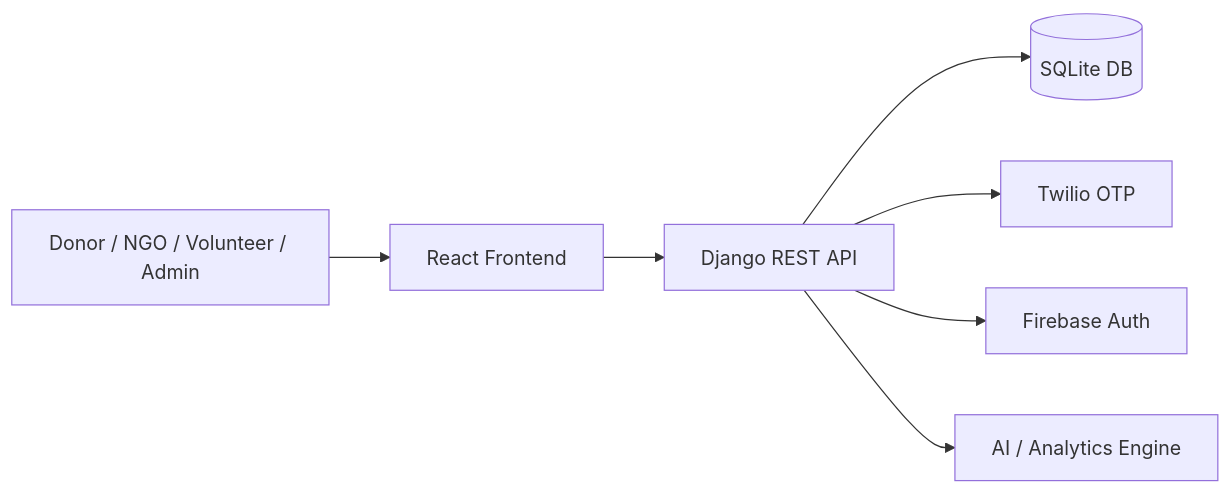
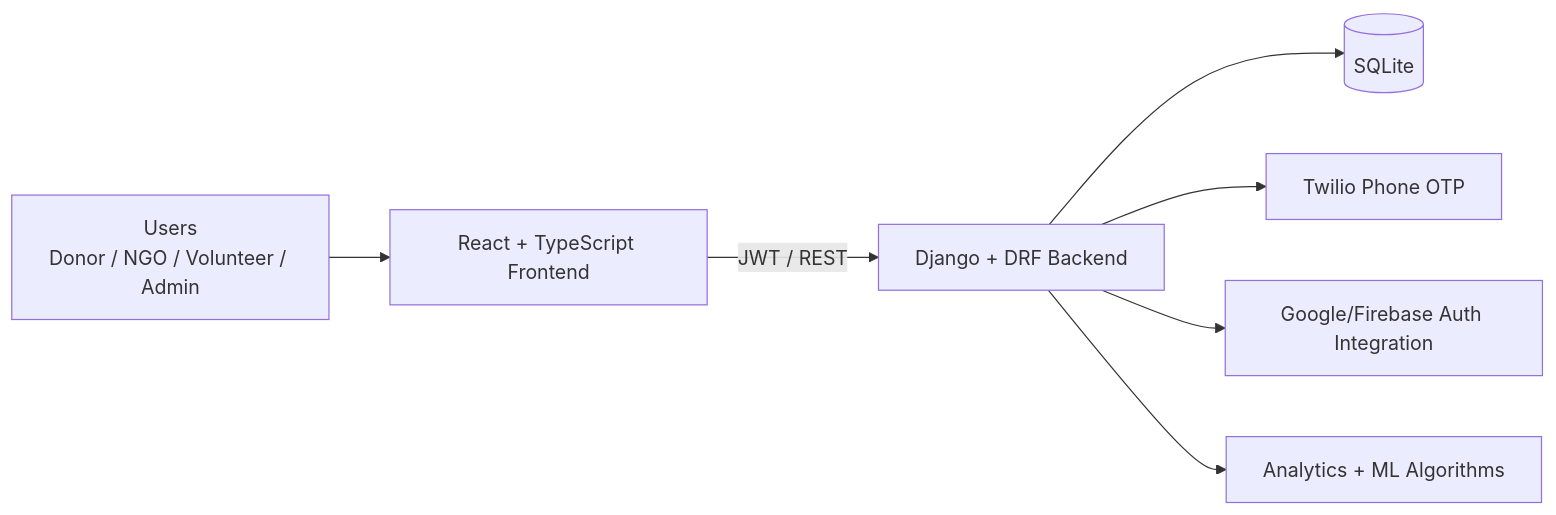
Before and after one commit to Rahul-panda564/FoodSave: the first of 3 diagrams in README.md, drawn with Mermaid. The commit also changed other lines of this file and 18 other files, not shown here.

````diff
--- a/README.md
+++ b/README.md
@@ -58,9 +113,9 @@
 ```mermaid
 flowchart LR
-	A[Donor / NGO / Volunteer / Admin] --> B[React Frontend]
-	B --> C[Django REST API]
-	C --> D[(SQLite DB)]
-	C --> E[Twilio OTP]
-	C --> F[Firebase Auth]
-	C --> G[AI / Analytics Engine]
+	U[Users<br/>Donor / NGO / Volunteer / Admin] --> F[React + TypeScript Frontend]
+	F -->|JWT / REST| B[Django + DRF Backend]
+	B --> DB[(SQLite)]
+	B --> OTP[Twilio Phone OTP]
+	B --> GA[Google/Firebase Auth Integration]
+	B --> AI[Analytics + ML Algorithms]
 ```
````
